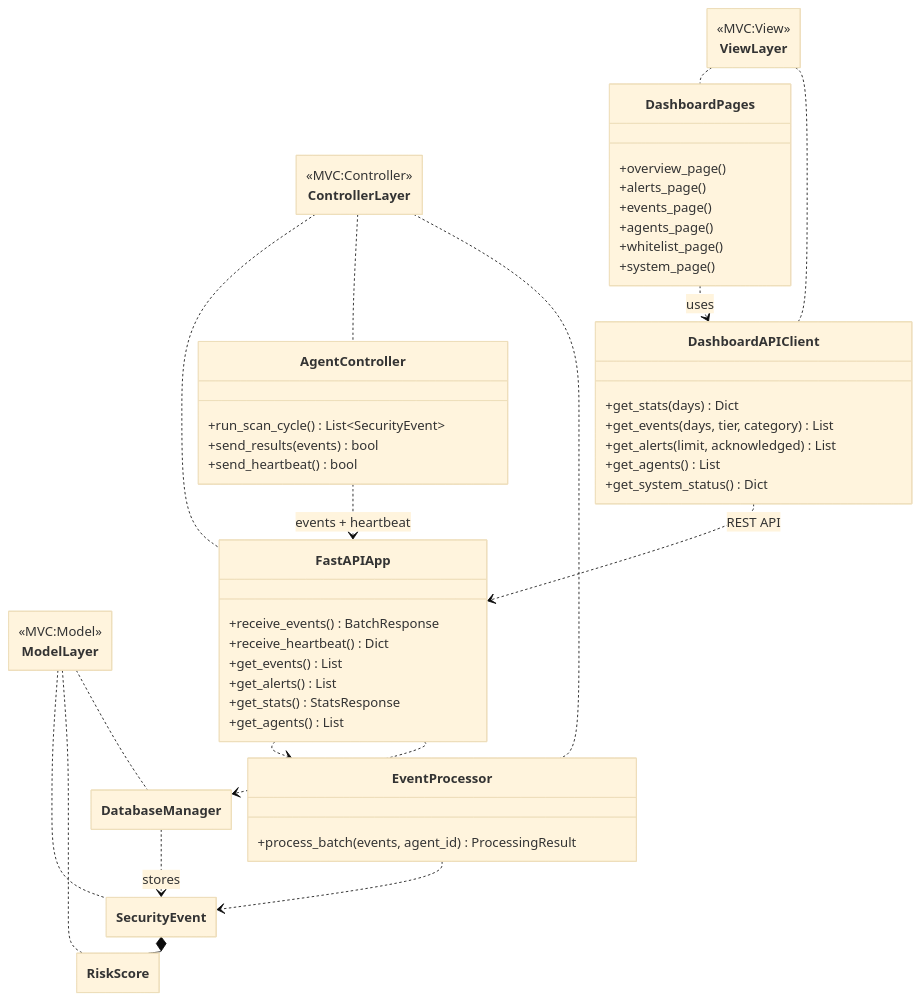
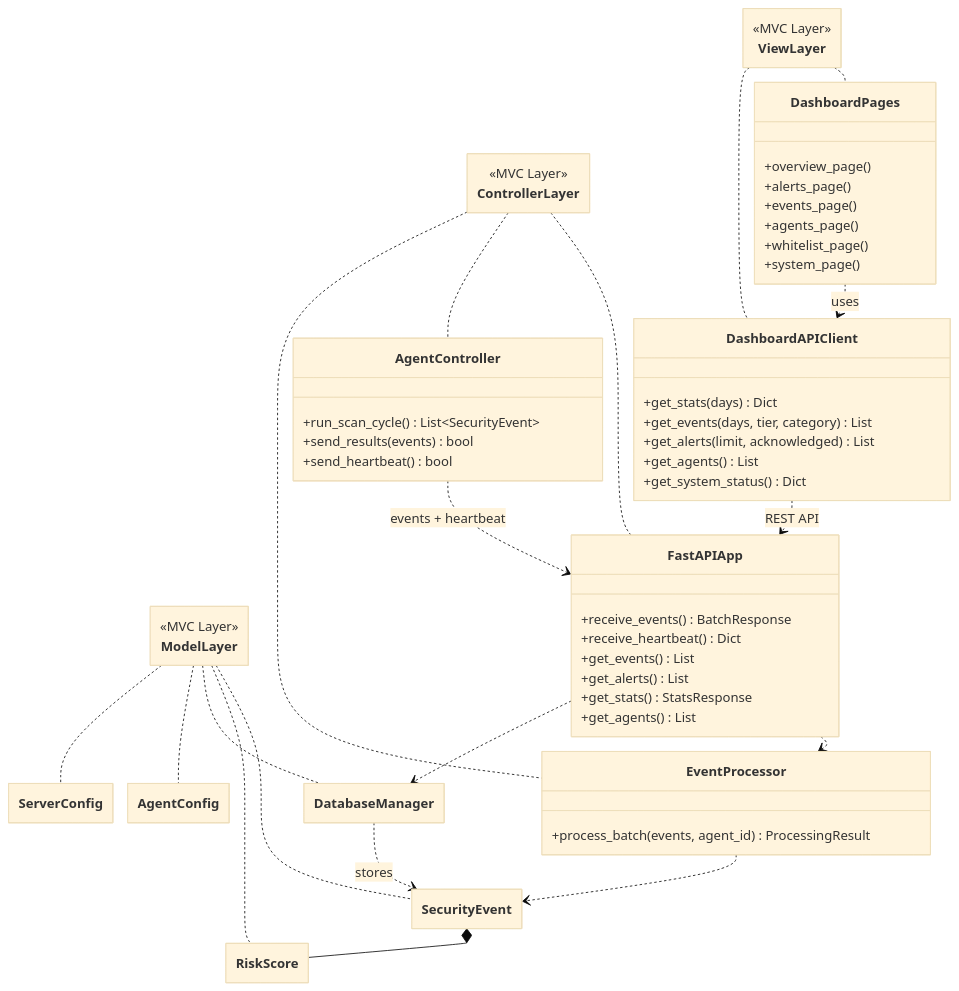
The second of 2 diagrams in uml4.md (kupetsovkn24-lgtm/HIDS), drawn with Mermaid before and after one commit. The commit also changed other lines of this file, not shown here.

Commit message:
Refactor UML class diagram for clarity and structure

````diff
--- a/uml4.md
+++ b/uml4.md
@@ -133,69 +156,73 @@
 ```mermaid
-%%{init: {"theme":"base","flowchart":{"nodeSpacing":20,"rankSpacing":20},"class":{"hideEmptyMembersBox":true}}}%%
+%%{init: {"theme":"base","flowchart":{"nodeSpacing":18,"rankSpacing":18},"class":{"hideEmptyMembersBox":true}}}%%
 classDiagram
 direction TB
 
-class ViewLayer { <<MVC:View>> }
-class ControllerLayer { <<MVC:Controller>> }
-class ModelLayer { <<MVC:Model>> }
+class ViewLayer { <<MVC Layer>> }
+class ControllerLayer { <<MVC Layer>> }
+class ModelLayer { <<MVC Layer>> }
 
 class DashboardPages {
-    +overview_page()
-    +alerts_page()
-    +events_page()
-    +agents_page()
-    +whitelist_page()
-    +system_page()
+  +overview_page()
+  +alerts_page()
+  +events_page()
+  +agents_page()
+  +whitelist_page()
+  +system_page()
 }
 
 class DashboardAPIClient {
-    +get_stats(days) Dict
-    +get_events(days, tier, category) List
-    +get_alerts(limit, acknowledged) List
-    +get_agents() List
-    +get_system_status() Dict
+  +get_stats(days) Dict
+  +get_events(days, tier, category) List
+  +get_alerts(limit, acknowledged) List
+  +get_agents() List
+  +get_system_status() Dict
 }
 
 class FastAPIApp {
-    +receive_events() BatchResponse
-    +receive_heartbeat() Dict
-    +get_events() List
-    +get_alerts() List
-    +get_stats() StatsResponse
-    +get_agents() List
+  +receive_events() BatchResponse
+  +receive_heartbeat() Dict
+  +get_events() List
+  +get_alerts() List
+  +get_stats() StatsResponse
+  +get_agents() List
 }
 
 class AgentController {
-    +run_scan_cycle() List~SecurityEvent~
-    +send_results(events) bool
-    +send_heartbeat() bool
+  +run_scan_cycle() List~SecurityEvent~
+  +send_results(events) bool
+  +send_heartbeat() bool
 }
 
 class EventProcessor {
-    +process_batch(events, agent_id) ProcessingResult
+  +process_batch(events, agent_id) ProcessingResult
 }
 
 class SecurityEvent
 class RiskScore
 class DatabaseManager
+class AgentConfig
+class ServerConfig
 
 ViewLayer .. DashboardPages
 ViewLayer .. DashboardAPIClient
 
 ControllerLayer .. FastAPIApp
 ControllerLayer .. AgentController
 ControllerLayer .. EventProcessor
 
 ModelLayer .. SecurityEvent
 ModelLayer .. RiskScore
 ModelLayer .. DatabaseManager
+ModelLayer .. AgentConfig
+ModelLayer .. ServerConfig
 
 DashboardPages ..> DashboardAPIClient : uses
 DashboardAPIClient ..> FastAPIApp : REST API
 AgentController ..> FastAPIApp : events + heartbeat
 FastAPIApp ..> EventProcessor
 FastAPIApp ..> DatabaseManager
 EventProcessor ..> SecurityEvent
 SecurityEvent *-- RiskScore
 DatabaseManager ..> SecurityEvent : stores
 ```
````
